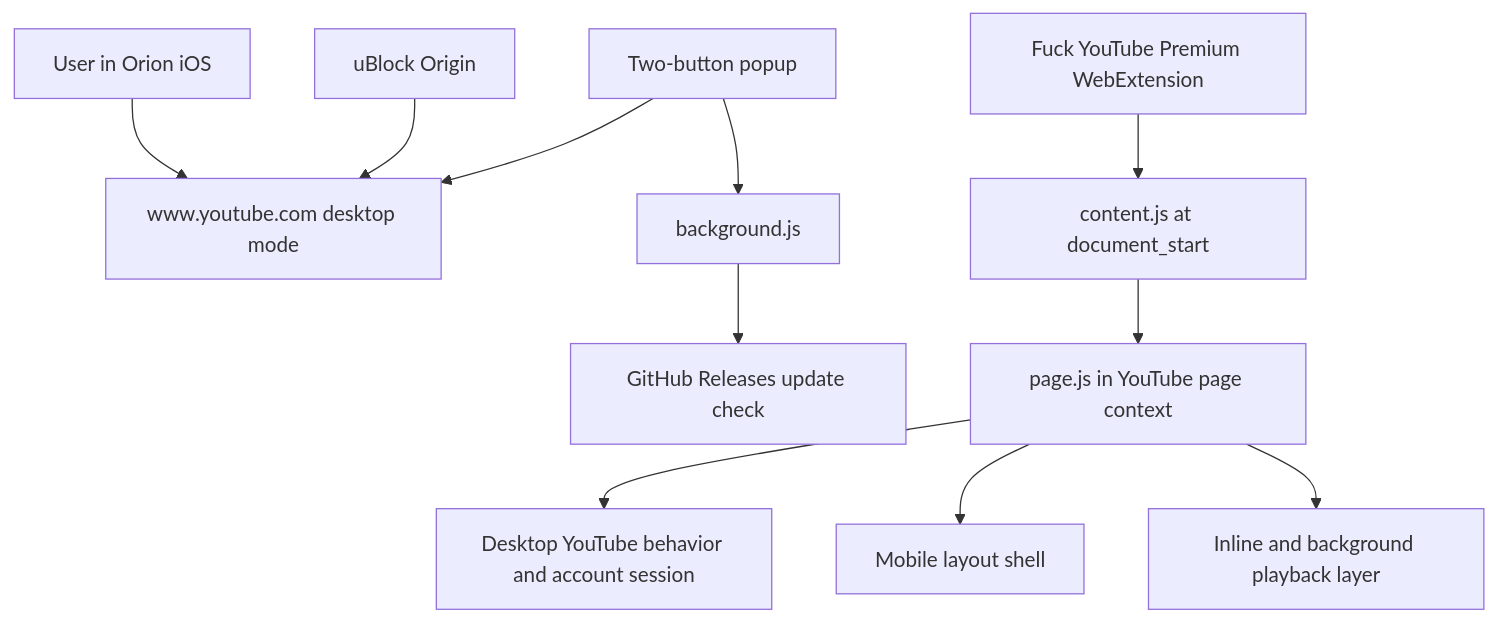
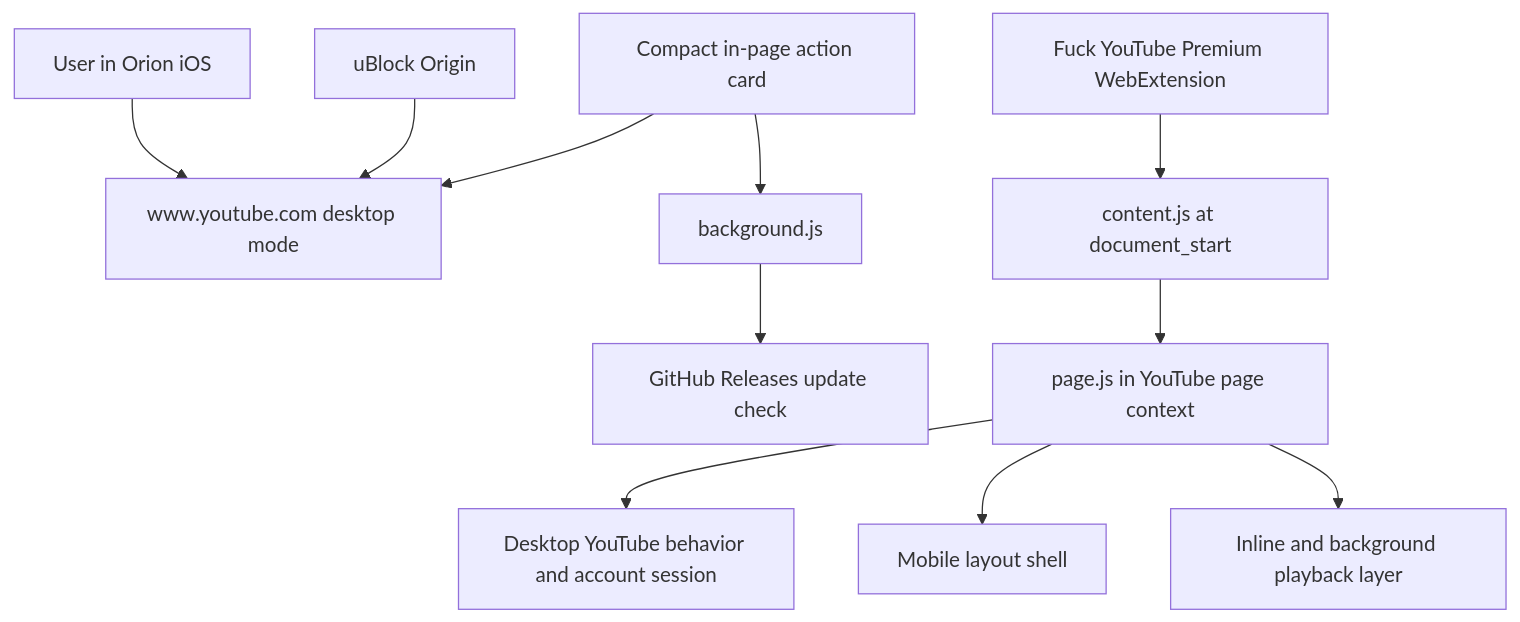
Before and after one commit to aditauqir/fyp: the diagram in ARCHITECTURE.md, drawn with Mermaid. The commit also changed other lines of this file and 23 other files, not shown here.

````diff
--- a/ARCHITECTURE.md
+++ b/ARCHITECTURE.md
@@ -20,13 +20,13 @@
 ```mermaid
 flowchart TD
     U["User in Orion iOS"] --> O["www.youtube.com desktop mode"]
     E["Fuck YouTube Premium WebExtension"] --> C["content.js at document_start"]
     C --> P["page.js in YouTube page context"]
     P --> B["Desktop YouTube behavior and account session"]
     P --> M["Mobile layout shell"]
     P --> V["Inline and background playback layer"]
     W["background.js"] --> G["GitHub Releases update check"]
-    X["Two-button popup"] --> O
+    X["Compact in-page action card"] --> O
     X --> W
     A["uBlock Origin"] --> O
 ```
````
